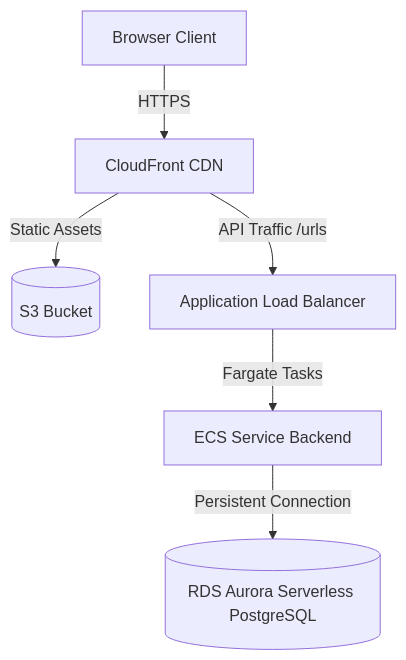
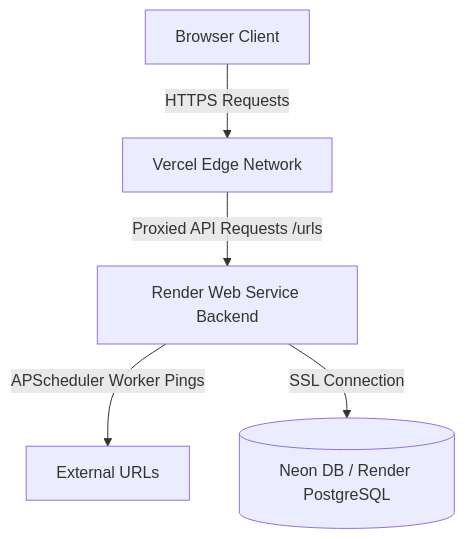
Before and after one commit to SOHAMPAL23/Uptime-Monitor: the second of 2 diagrams in README.md, drawn with Mermaid. The commit also changed other lines of this file, not shown here.

Commit message:
docs: update deployment sketch to use vercel and render instead of aws

````diff
--- a/README.md
+++ b/README.md
@@ -170,8 +171,7 @@
 ```mermaid
 graph TD
-    User[Browser Client] -->|HTTPS| CF[CloudFront CDN]
-    CF -->|Static Assets| S3[(S3 Bucket)]
-    CF -->|API Traffic /urls| ALB[Application Load Balancer]
-    ALB -->|Fargate Tasks| ECS[ECS Service Backend]
-    ECS -->|Persistent Connection| RDS[(RDS Aurora Serverless PostgreSQL)]
+    User[Browser Client] -->|HTTPS Requests| Vercel[Vercel Edge Network]
+    Vercel -->|Proxied API Requests /urls| RenderAPI[Render Web Service Backend]
+    RenderAPI -->|APScheduler Worker Pings| Ext[External URLs]
+    RenderAPI -->|SSL Connection| Neon[(Neon DB / Render PostgreSQL)]
 ```
````
